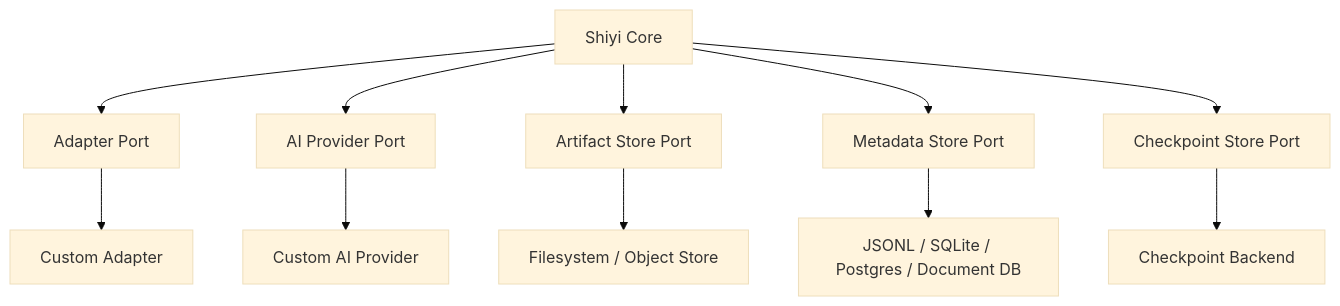
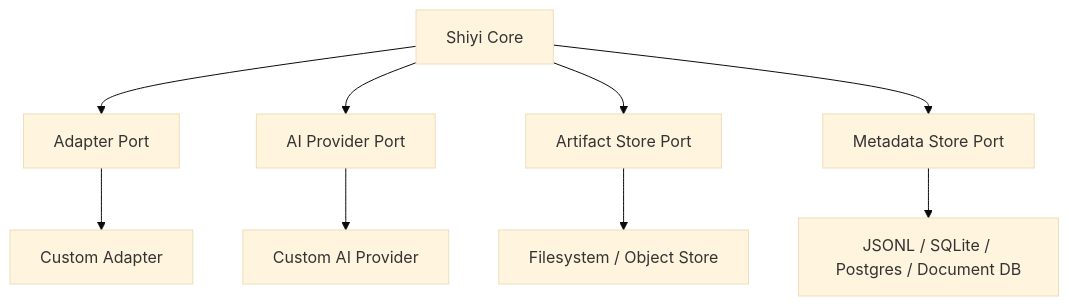
The diagram in docs/architecture.md (LoveOrange/shiyi), drawn with Mermaid (base theme) before and after one commit. The commit also changed other lines of this file and 12 other files, not shown here.

````diff
--- a/docs/architecture.md
+++ b/docs/architecture.md
@@ -69,14 +67,12 @@
 ```mermaid
 flowchart TB
   Core[Shiyi Core]
   Core --> AdapterPort[Adapter Port]
   Core --> AIProviderPort[AI Provider Port]
   Core --> ArtifactStorePort[Artifact Store Port]
   Core --> MetadataStorePort[Metadata Store Port]
-  Core --> CheckpointStorePort[Checkpoint Store Port]
   AdapterPort --> CustomAdapter[Custom Adapter]
   AIProviderPort --> CustomAI[Custom AI Provider]
   ArtifactStorePort --> FileSystem[Filesystem / Object Store]
   MetadataStorePort --> MetadataBackend[JSONL / SQLite / Postgres / Document DB]
-  CheckpointStorePort --> CheckpointBackend[Checkpoint Backend]
 ```
````
